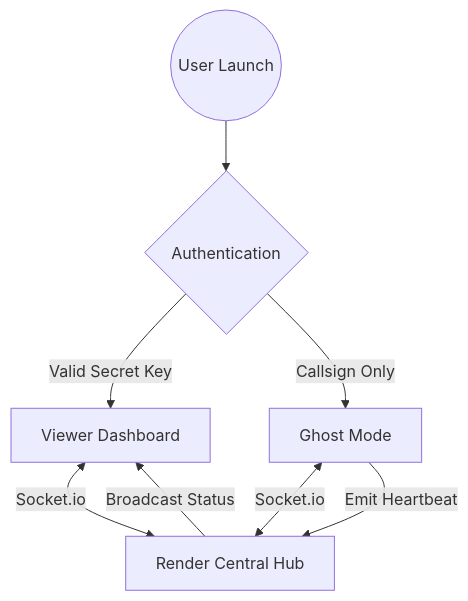
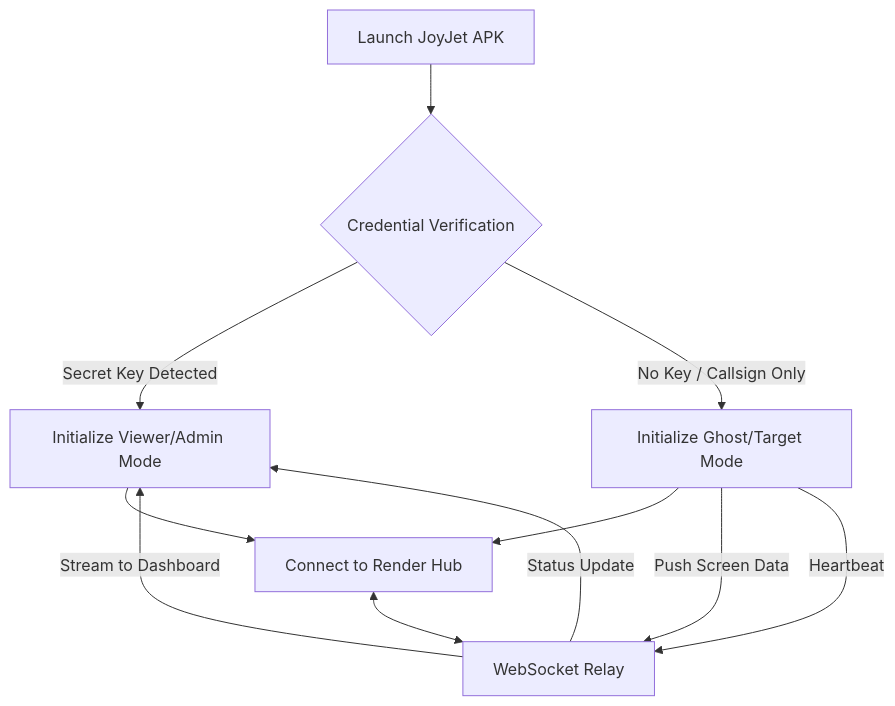
One commit to guru9/joyjet-hub changed the diagram in README.md. Above: the diagram before and after it, drawn with Mermaid. The commit also changed other lines of this file, not shown here.

````diff
--- a/README.md
+++ b/README.md
@@ -140,17 +24,16 @@
 ```mermaid
 graph TD
-    %% Roles
-    User((User Launch)) --> Choice{Authentication}
+    A[Launch JoyJet APK] --> B{Credential Verification}
+    B -- "Secret Key Detected" --> C[Initialize Viewer/Admin Mode]
+    B -- "No Key / Callsign Only" --> D[Initialize Ghost/Target Mode]
     
-    %% Logic
-    Choice -- "Valid Secret Key" --> Viewer[Viewer Dashboard]
-    Choice -- "Callsign Only" --> Ghost[Ghost Mode]
+    C --> E[Connect to Render Hub]
+    D --> E
     
-    %% Communication
-    Viewer <-->|Socket.io| Hub[Render Central Hub]
-    Ghost <-->|Socket.io| Hub
+    E <--> F[WebSocket Relay]
     
-    %% Data Flow
-    Hub -->|Broadcast Status| Viewer
-    Ghost -->|Emit Heartbeat| Hub
+    D -->|Push Screen Data| F
+    F -->|Stream to Dashboard| C
+    D -->|Heartbeat| F
+    F -->|Status Update| C
 ```
````
